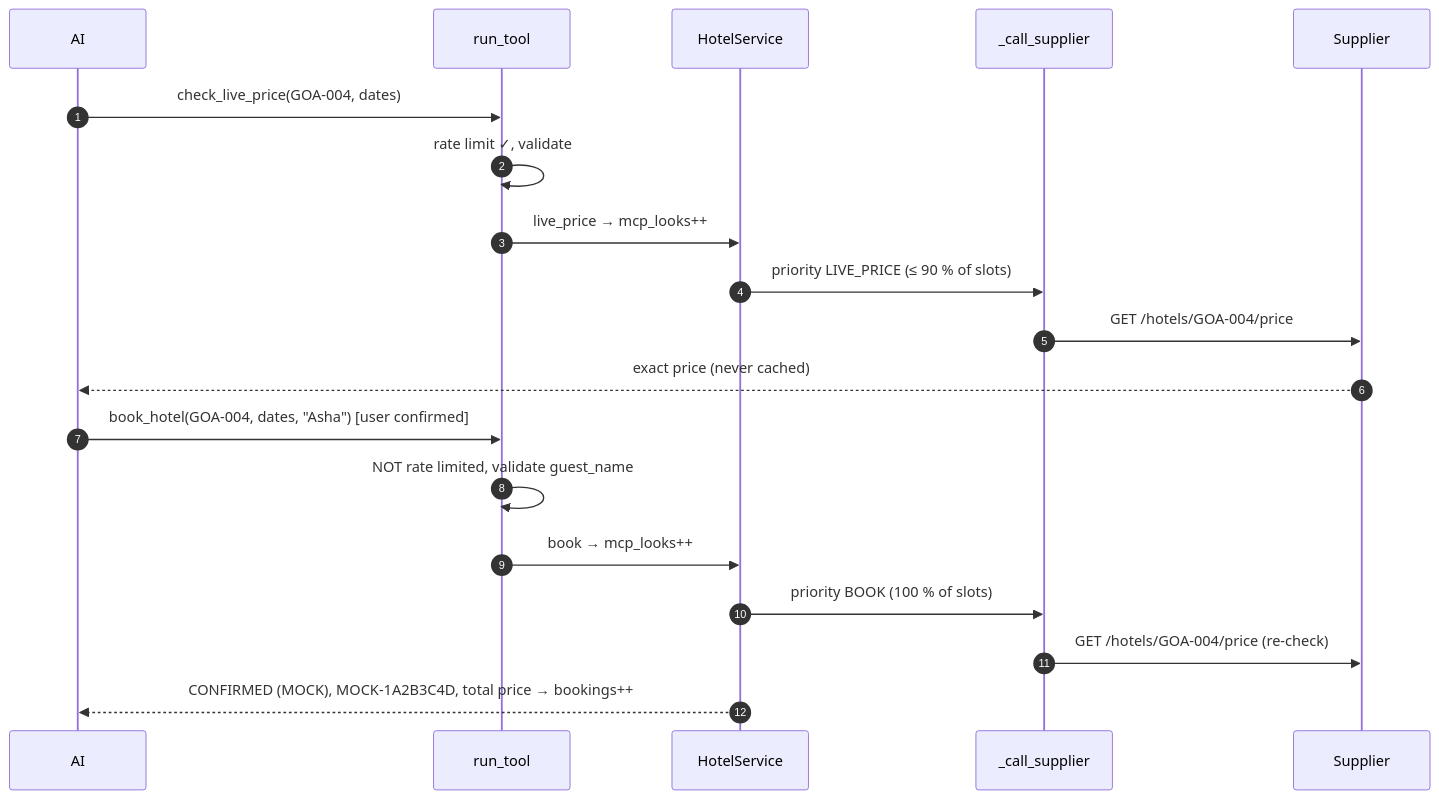
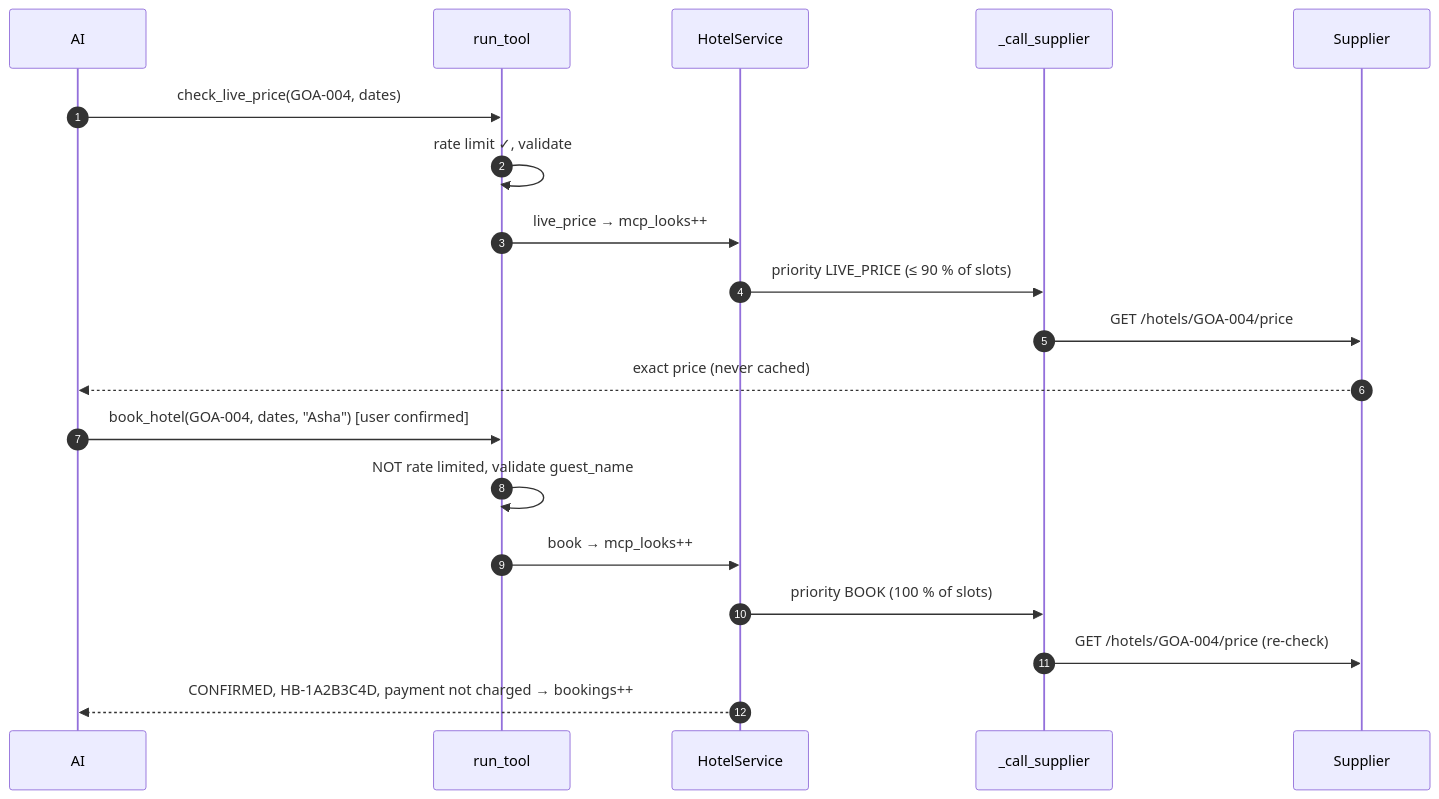
One commit to Shubham9495/mcp-hotels changed the ninth of 10 diagrams in docs/ARCHITECTURE.md. Above: the diagram before and after it, drawn with Mermaid. The commit also changed other lines of this file and 3 other files, not shown here.

````diff
--- a/docs/ARCHITECTURE.md
+++ b/docs/ARCHITECTURE.md
@@ -457,21 +457,21 @@
 ```mermaid
 sequenceDiagram
     autonumber
     participant AI
     participant T as run_tool
     participant HS as HotelService
     participant G as _call_supplier
     participant S as Supplier
     AI->>T: check_live_price(GOA-004, dates)
     T->>T: rate limit ✓, validate
     T->>HS: live_price → mcp_looks++
     HS->>G: priority LIVE_PRICE (≤ 90 % of slots)
     G->>S: GET /hotels/GOA-004/price
     S-->>AI: exact price (never cached)
     AI->>T: book_hotel(GOA-004, dates, "Asha")  [user confirmed]
     T->>T: NOT rate limited, validate guest_name
     T->>HS: book → mcp_looks++
     HS->>G: priority BOOK (100 % of slots)
     G->>S: GET /hotels/GOA-004/price (re-check)
-    HS-->>AI: CONFIRMED (MOCK), MOCK-1A2B3C4D, total price → bookings++
+    HS-->>AI: CONFIRMED, HB-1A2B3C4D, payment not charged → bookings++
 ```
````
